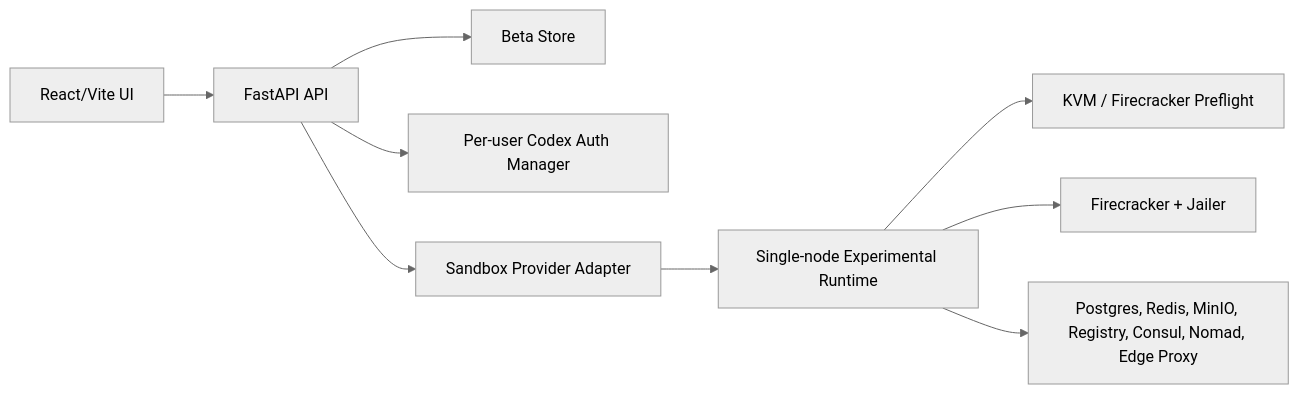
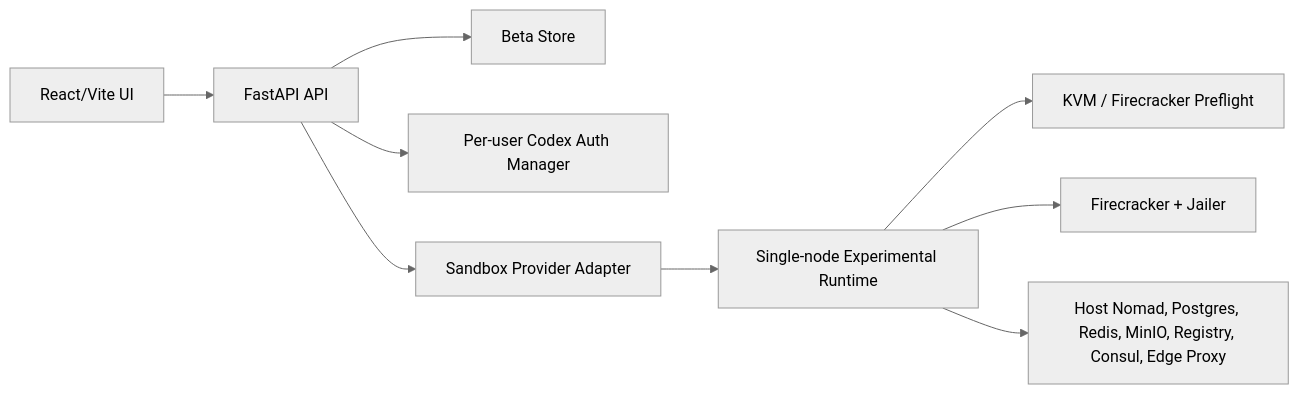
The diagram in docs/ARCHITECTURE.md (ryan-wong-coder/sandbox-control), drawn with Mermaid (neutral theme) before and after one commit. The commit also changed other lines of this file and 6 other files, not shown here.

Commit message:
Run Nomad as host infra service

````diff
--- a/docs/ARCHITECTURE.md
+++ b/docs/ARCHITECTURE.md
@@ -5,11 +5,11 @@
 ```mermaid
 flowchart LR
   Web[React/Vite UI] --> API[FastAPI API]
   API --> Store[Beta Store]
   API --> Auth[Per-user Codex Auth Manager]
   API --> Provider[Sandbox Provider Adapter]
   Provider --> Local[Single-node Experimental Runtime]
   Local --> Preflight[KVM / Firecracker Preflight]
   Local --> Firecracker[Firecracker + Jailer]
-  Local --> Infra[Postgres, Redis, MinIO, Registry, Consul, Nomad, Edge Proxy]
+  Local --> Infra[Host Nomad, Postgres, Redis, MinIO, Registry, Consul, Edge Proxy]
 ```
````
